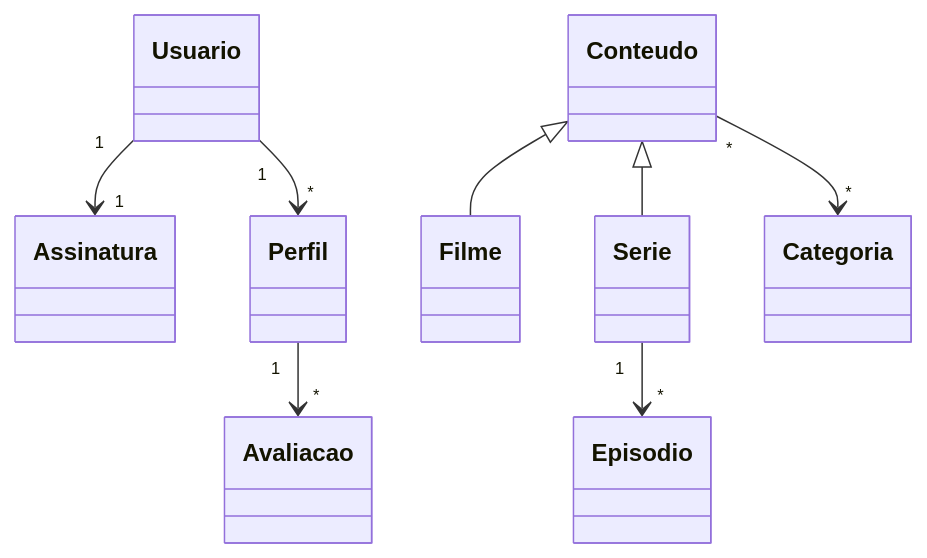
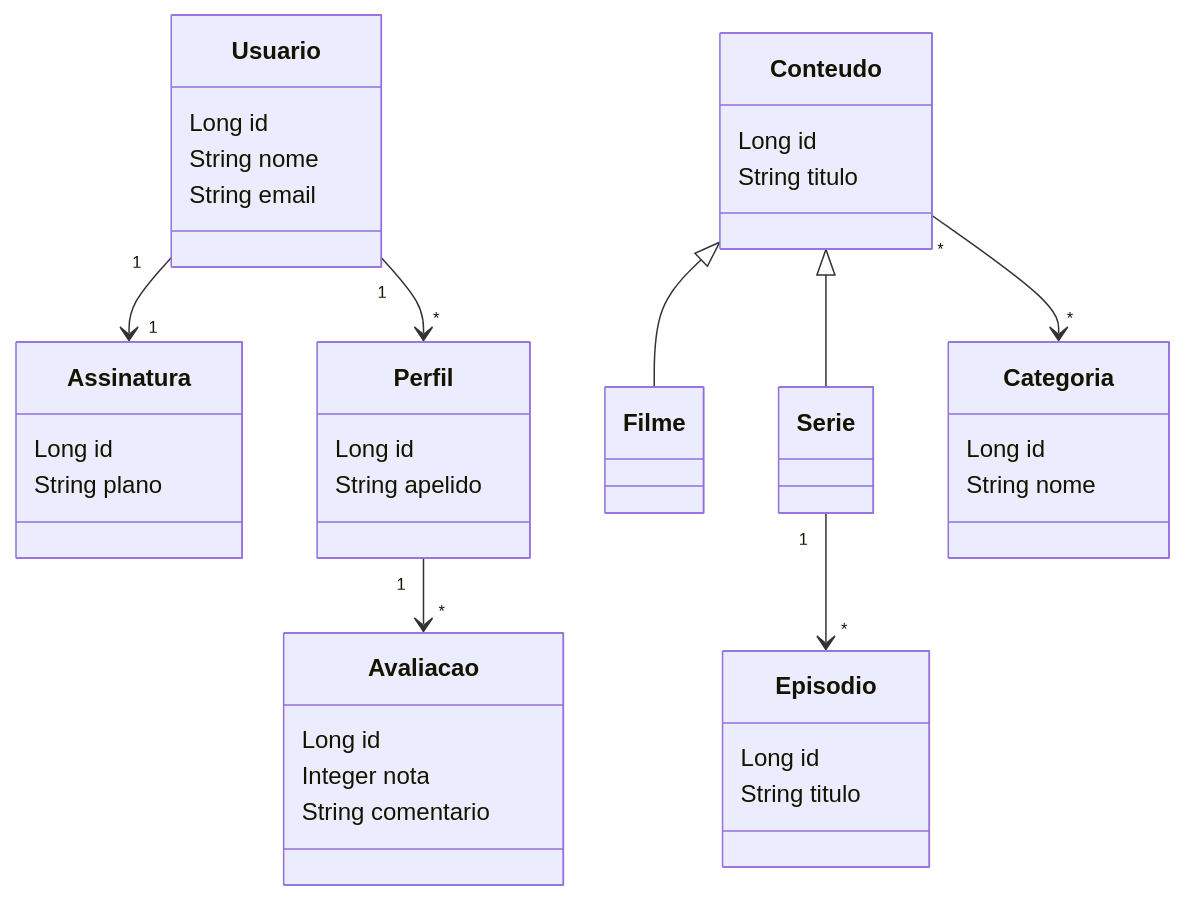
The diagram in src/README.md (jhDrech/streaming), drawn with Mermaid before and after one commit. The commit also changed 1 other file, not shown here.

````diff
--- a/src/README.md
+++ b/src/README.md
@@ -22,10 +22,43 @@
 ```mermaid
 classDiagram
+    class Usuario {
+        Long id
+        String nome
+        String email
+    }
+    class Assinatura {
+        Long id
+        String plano
+    }
+    class Perfil {
+        Long id
+        String apelido
+    }
+    class Avaliacao {
+        Long id
+        Integer nota
+        String comentario
+    }
+    class Conteudo {
+        Long id
+        String titulo
+    }
+    class Filme
+    class Serie
+    class Episodio {
+        Long id
+        String titulo
+    }
+    class Categoria {
+        Long id
+        String nome
+    }
+
     Usuario "1" --> "1" Assinatura
     Usuario "1" --> "*" Perfil
     Perfil "1" --> "*" Avaliacao
     Conteudo <|-- Filme
     Conteudo <|-- Serie
     Serie "1" --> "*" Episodio
     Conteudo "*" --> "*" Categoria
 ```
````
